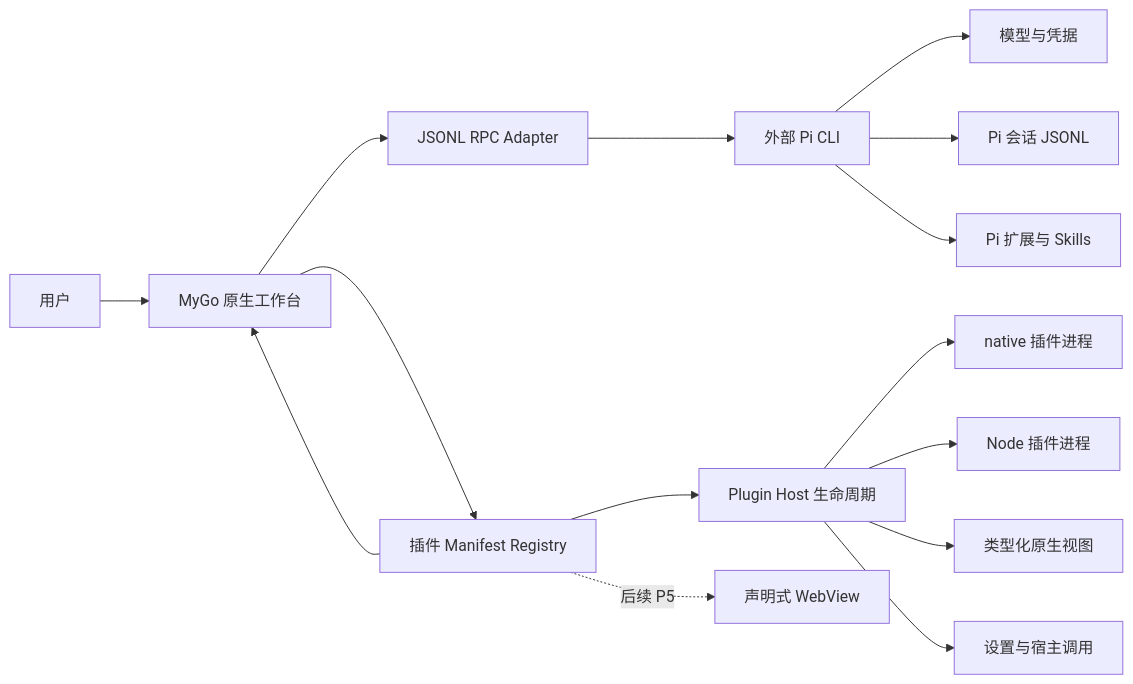
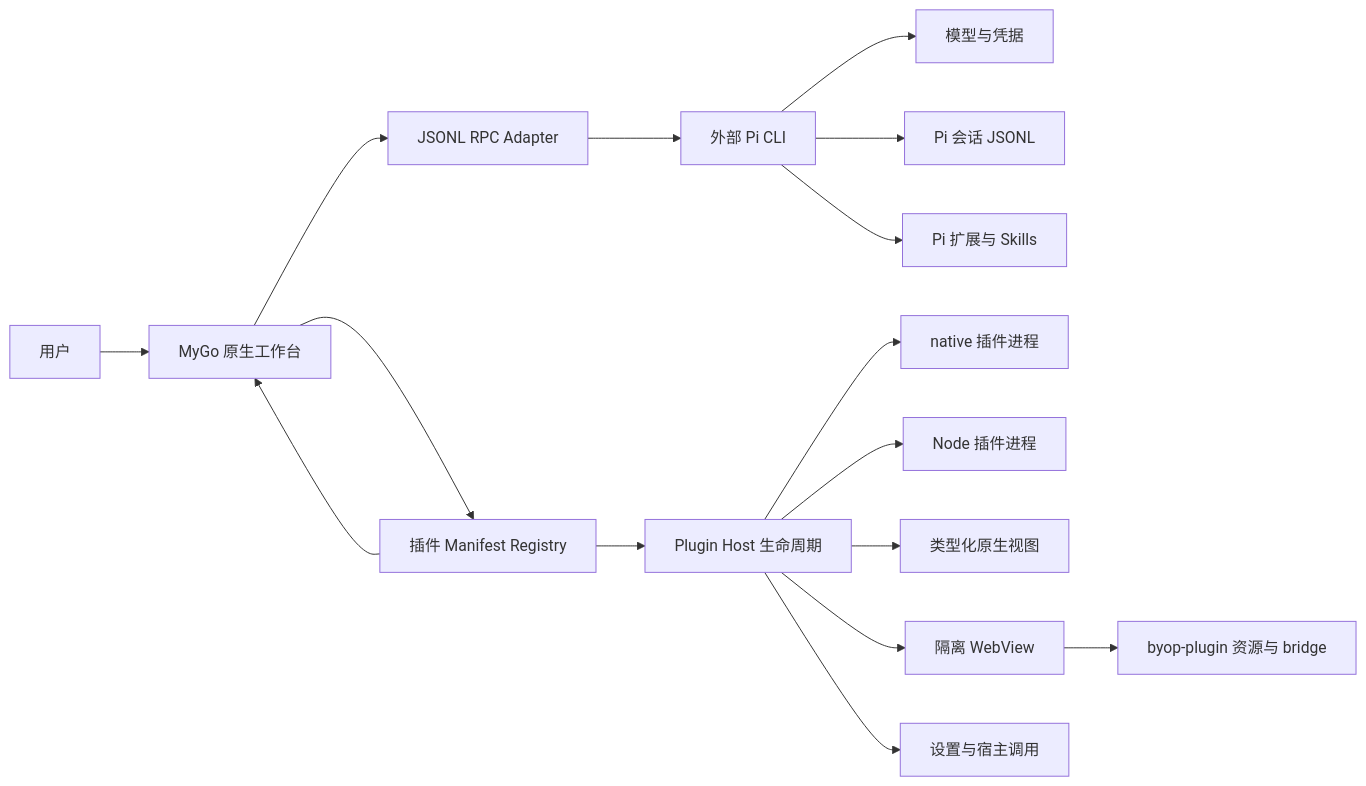
The diagram in README.md (lexleizou/byop), drawn with Mermaid before and after one commit. The commit also changed other lines of this file and 27 other files, not shown here.

````diff
--- a/README.md
+++ b/README.md
@@ -66,17 +72,18 @@
 ```mermaid
 flowchart LR
     U[用户] --> UI[MyGo 原生工作台]
     UI --> RPC[JSONL RPC Adapter]
     RPC --> P[外部 Pi CLI]
     P --> M[模型与凭据]
     P --> S[Pi 会话 JSONL]
     P --> X[Pi 扩展与 Skills]
     UI --> G[插件 Manifest Registry]
     G --> UI
     G --> H[Plugin Host 生命周期]
     H --> N[native 插件进程]
     H --> J[Node 插件进程]
     H --> V[类型化原生视图]
+    H --> W[隔离 WebView]
     H --> C[设置与宿主调用]
-    G -. 后续 P5 .-> W[声明式 WebView]
+    W --> S1[byop-plugin 资源与 bridge]
 ```
````
